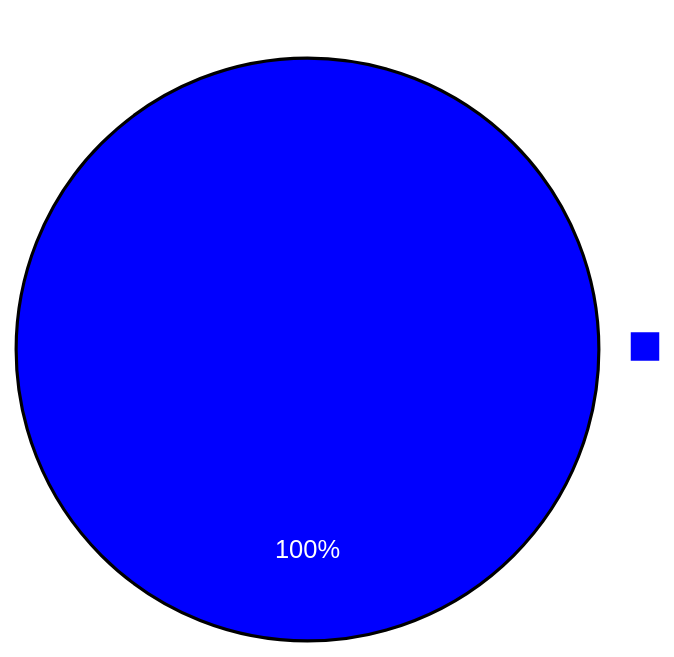
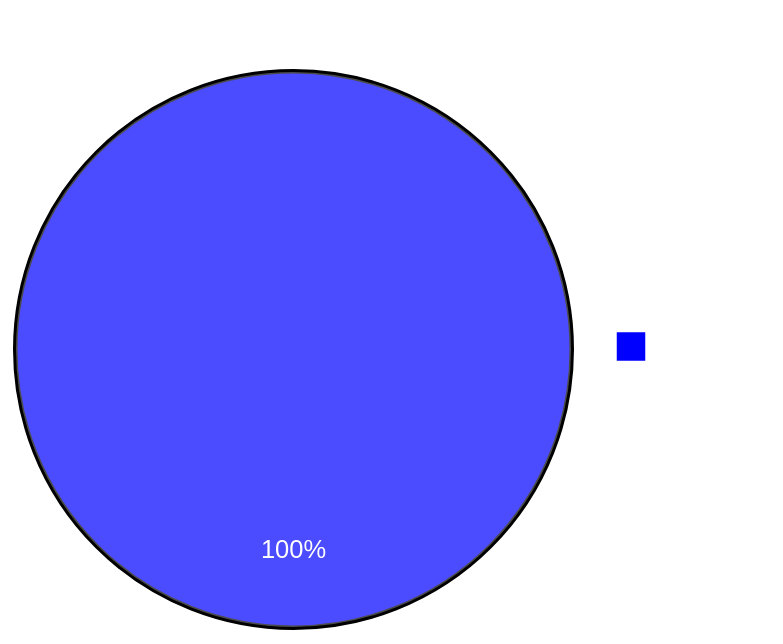
The first of 2 diagrams in README.md (desenvolvimento03onnet/onnet-comissao-api), drawn with Mermaid before and after one commit.

Commit message:
Nono Commit, Alterações README

````diff
--- a/README.md
+++ b/README.md
@@ -53,13 +53,13 @@
 ```mermaid
     %%{
       init: {
         'theme': 'base',
         'themeVariables': {
           'pie1': '#0000FF',
           'primaryTextColor': '#FFFFFF'
         }
       }
     }%%
     pie title Rotas
-    "" : 100
+    "Progresso" : 100
 ```
````
